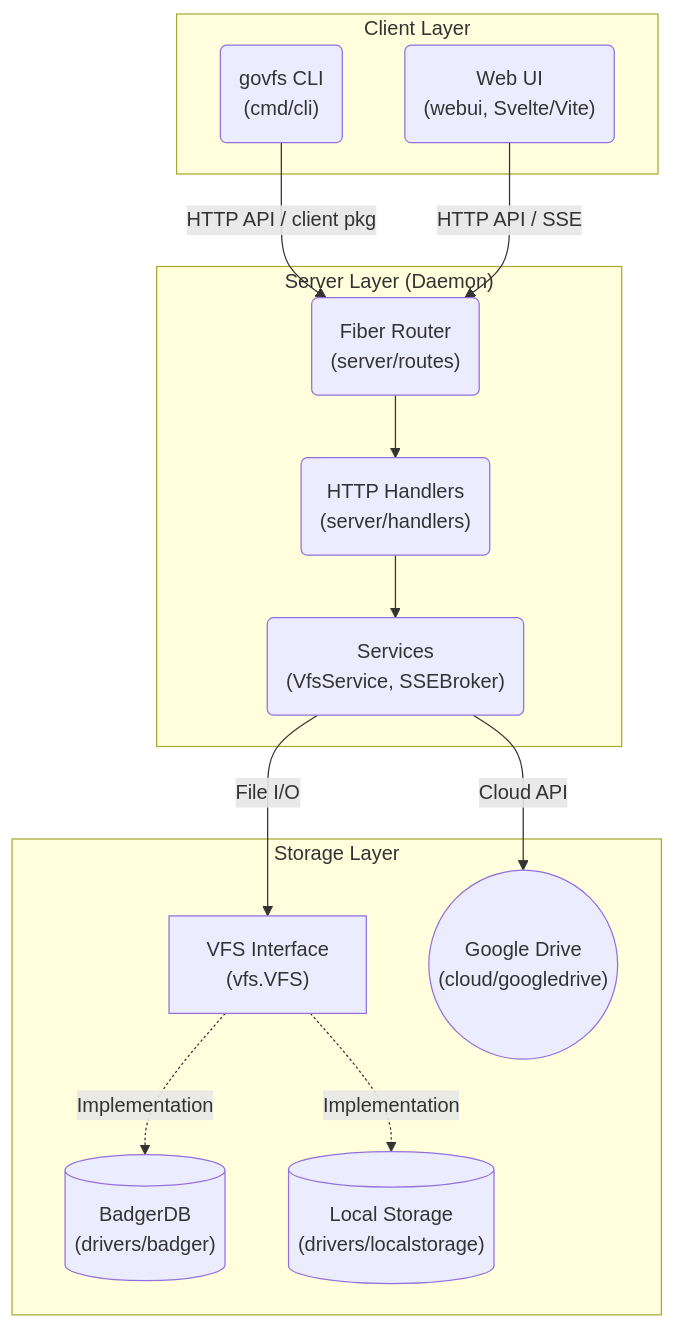
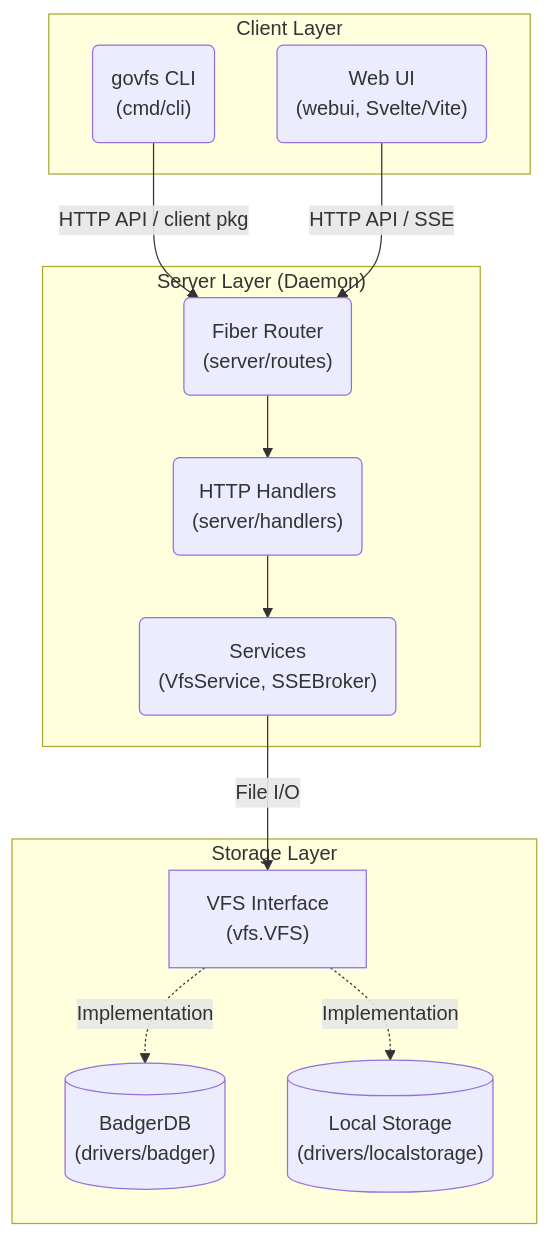
Before and after one commit to shabatoily/govfs: the second of 2 diagrams in DESIGN.md, drawn with Mermaid. The commit also changed other lines of this file and 19 other files, not shown here.

Commit message:
feat!: remove cloud API and CLI

````diff
--- a/DESIGN.md
+++ b/DESIGN.md
@@ -114,32 +110,29 @@
 ```mermaid
 flowchart TB
     subgraph ClientLayer ["Client Layer"]
         CLI("govfs CLI\n(cmd/cli)")
         WebUI("Web UI\n(webui, Svelte/Vite)")
     end
 
     subgraph ServerLayer ["Server Layer (Daemon)"]
         Router("Fiber Router\n(server/routes)")
         Handlers("HTTP Handlers\n(server/handlers)")
         Services("Services\n(VfsService, SSEBroker)")
     end
 
     subgraph StorageLayer ["Storage Layer"]
         VFS["VFS Interface\n(vfs.VFS)"]
         DriverBadger[("BadgerDB\n(drivers/badger)")]
         DriverLocal[("Local Storage\n(drivers/localstorage)")]
-        CloudDrive(("Google Drive\n(cloud/googledrive)"))
     end
 
     CLI -- "HTTP API / client pkg" --> Router
     WebUI -- "HTTP API / SSE" --> Router
 
     Router --> Handlers
     Handlers --> Services
 
     Services -- "File I/O" --> VFS
-    Services -- "Cloud API" --> CloudDrive
-
     VFS -. "Implementation" .-> DriverBadger
     VFS -. "Implementation" .-> DriverLocal
 ```
````
